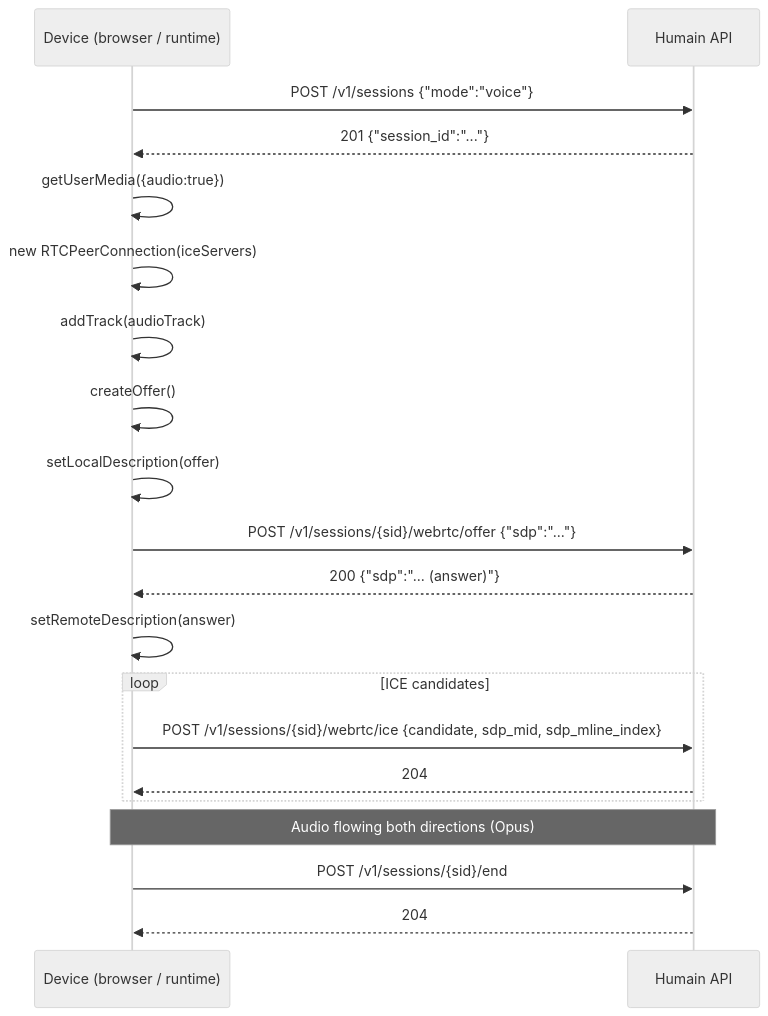
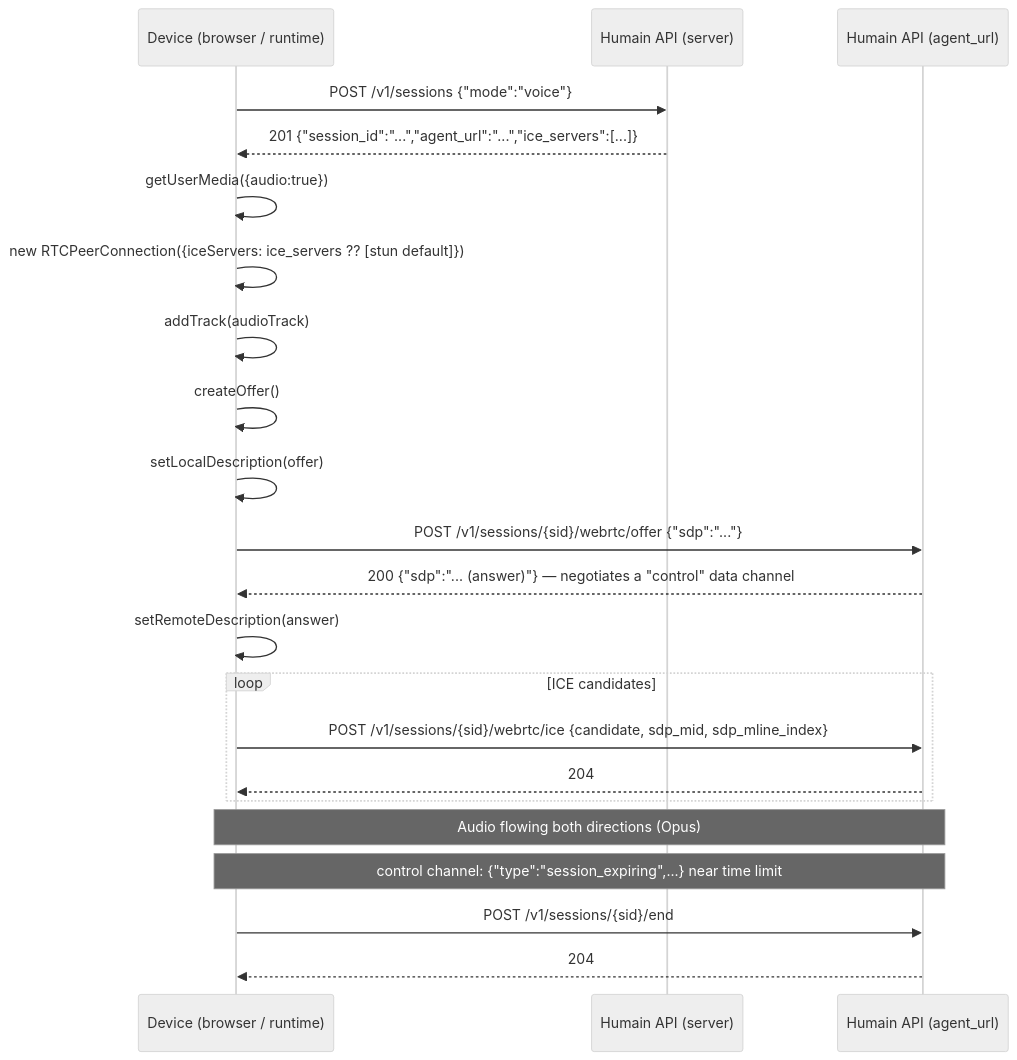
One commit to humain-ai/kiosk-docs changed the diagram in connections/webrtc-voice.mdx. Above: the diagram before and after it, drawn with Mermaid (neutral theme). The commit also changed other lines of this file and 42 other files, not shown here.

````diff
--- a/connections/webrtc-voice.mdx
+++ b/connections/webrtc-voice.mdx
@@ -44,29 +44,31 @@
 ```mermaid
 sequenceDiagram
   participant B as Device (browser / runtime)
-  participant A as Humain API
+  participant S as Humain API (server)
+  participant AG as Humain API (agent_url)
 
-  B->>A: POST /v1/sessions {"mode":"voice"}
-  A-->>B: 201 {"session_id":"..."}
+  B->>S: POST /v1/sessions {"mode":"voice"}
+  S-->>B: 201 {"session_id":"...","agent_url":"...","ice_servers":[...]}
 
   B->>B: getUserMedia({audio:true})
-  B->>B: new RTCPeerConnection(iceServers)
+  B->>B: new RTCPeerConnection({iceServers: ice_servers ?? [stun default]})
   B->>B: addTrack(audioTrack)
   B->>B: createOffer()
   B->>B: setLocalDescription(offer)
 
-  B->>A: POST /v1/sessions/{sid}/webrtc/offer {"sdp":"..."}
-  A-->>B: 200 {"sdp":"... (answer)"}
+  B->>AG: POST /v1/sessions/{sid}/webrtc/offer {"sdp":"..."}
+  AG-->>B: 200 {"sdp":"... (answer)"} — negotiates a "control" data channel
 
   B->>B: setRemoteDescription(answer)
 
   loop ICE candidates
-    B->>A: POST /v1/sessions/{sid}/webrtc/ice {candidate, sdp_mid, sdp_mline_index}
-    A-->>B: 204
+    B->>AG: POST /v1/sessions/{sid}/webrtc/ice {candidate, sdp_mid, sdp_mline_index}
+    AG-->>B: 204
   end
 
-  Note over B,A: Audio flowing both directions (Opus)
+  Note over B,AG: Audio flowing both directions (Opus)
+  Note over B,AG: control channel: {"type":"session_expiring",...} near time limit
 
-  B->>A: POST /v1/sessions/{sid}/end
-  A-->>B: 204
+  B->>AG: POST /v1/sessions/{sid}/end
+  AG-->>B: 204
 ```
````
